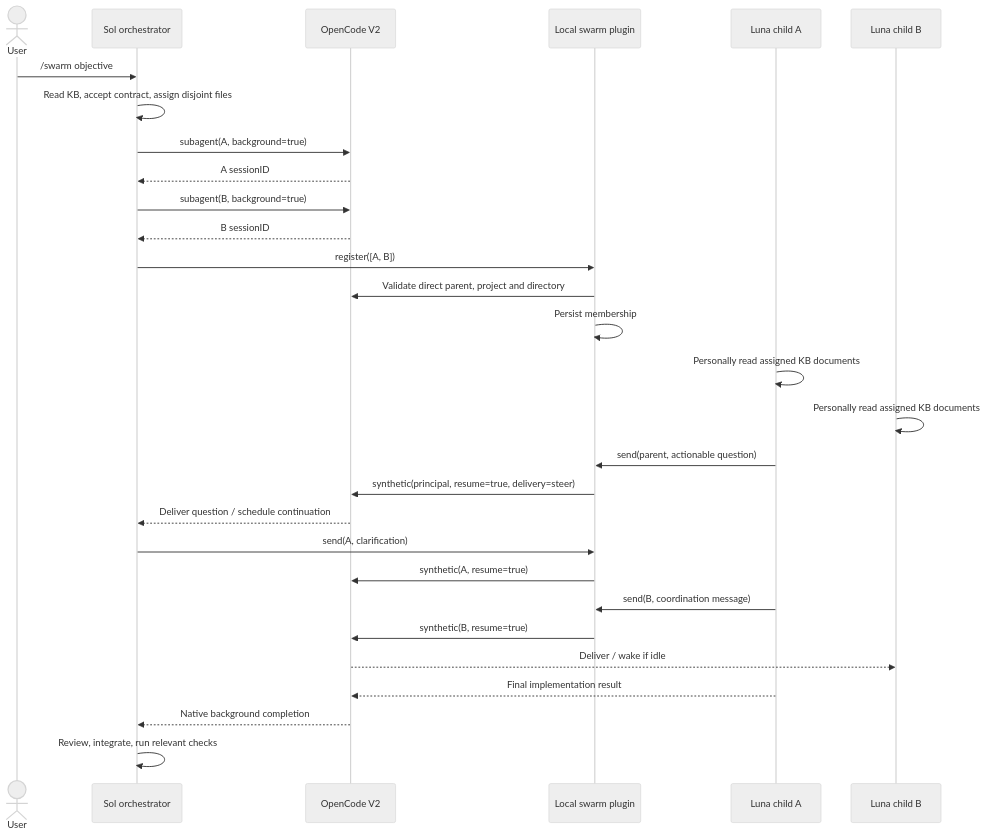
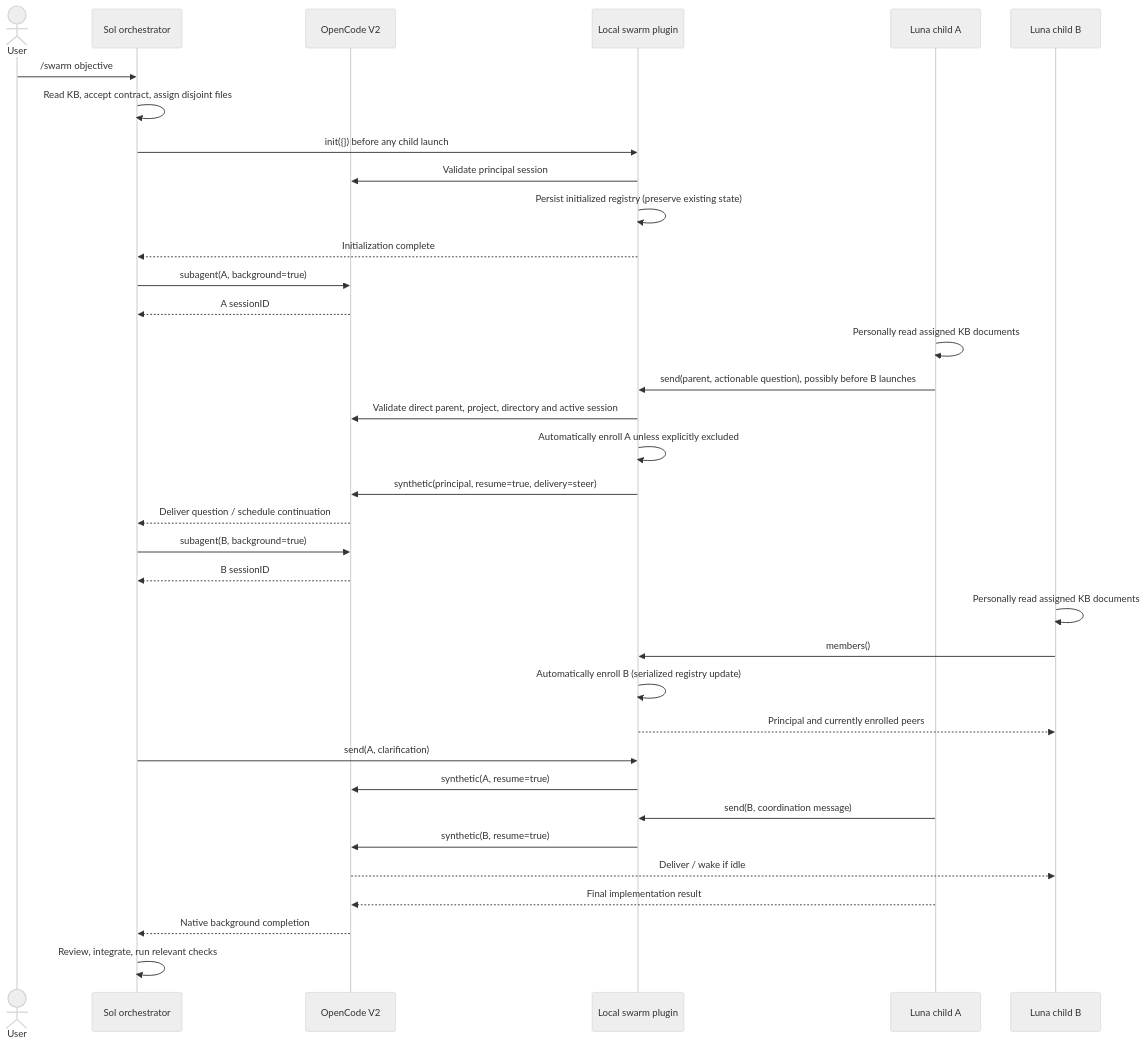
Before and after one commit to LucaSforza/nnmodelling-ui: the diagram in docs/knowledge/uml/agent-swarm.md, drawn with Mermaid (neutral theme). The commit also changed other lines of this file and 12 other files, not shown here.

Commit message:
fix(swarm): initialize mailbox before child launch and remove worker cap

````diff
--- a/docs/knowledge/uml/agent-swarm.md
+++ b/docs/knowledge/uml/agent-swarm.md
@@ -5,31 +5,37 @@
 ```mermaid
 sequenceDiagram
     actor User
     participant Principal as Sol orchestrator
     participant Runtime as OpenCode V2
     participant Mailbox as Local swarm plugin
     participant A as Luna child A
     participant B as Luna child B
     User->>Principal: /swarm objective
     Principal->>Principal: Read KB, accept contract, assign disjoint files
+    Principal->>Mailbox: init({}) before any child launch
+    Mailbox->>Runtime: Validate principal session
+    Mailbox->>Mailbox: Persist initialized registry (preserve existing state)
+    Mailbox-->>Principal: Initialization complete
     Principal->>Runtime: subagent(A, background=true)
     Runtime-->>Principal: A sessionID
+    A->>A: Personally read assigned KB documents
+    A->>Mailbox: send(parent, actionable question), possibly before B launches
+    Mailbox->>Runtime: Validate direct parent, project, directory and active session
+    Mailbox->>Mailbox: Automatically enroll A unless explicitly excluded
+    Mailbox->>Runtime: synthetic(principal, resume=true, delivery=steer)
+    Runtime-->>Principal: Deliver question / schedule continuation
     Principal->>Runtime: subagent(B, background=true)
     Runtime-->>Principal: B sessionID
-    Principal->>Mailbox: register([A, B])
-    Mailbox->>Runtime: Validate direct parent, project and directory
-    Mailbox->>Mailbox: Persist membership
-    A->>A: Personally read assigned KB documents
     B->>B: Personally read assigned KB documents
-    A->>Mailbox: send(parent, actionable question)
-    Mailbox->>Runtime: synthetic(principal, resume=true, delivery=steer)
-    Runtime-->>Principal: Deliver question / schedule continuation
+    B->>Mailbox: members()
+    Mailbox->>Mailbox: Automatically enroll B (serialized registry update)
+    Mailbox-->>B: Principal and currently enrolled peers
     Principal->>Mailbox: send(A, clarification)
     Mailbox->>Runtime: synthetic(A, resume=true)
     A->>Mailbox: send(B, coordination message)
     Mailbox->>Runtime: synthetic(B, resume=true)
     Runtime-->>B: Deliver / wake if idle
     A-->>Runtime: Final implementation result
     Runtime-->>Principal: Native background completion
     Principal->>Principal: Review, integrate, run relevant checks
 ```
````
